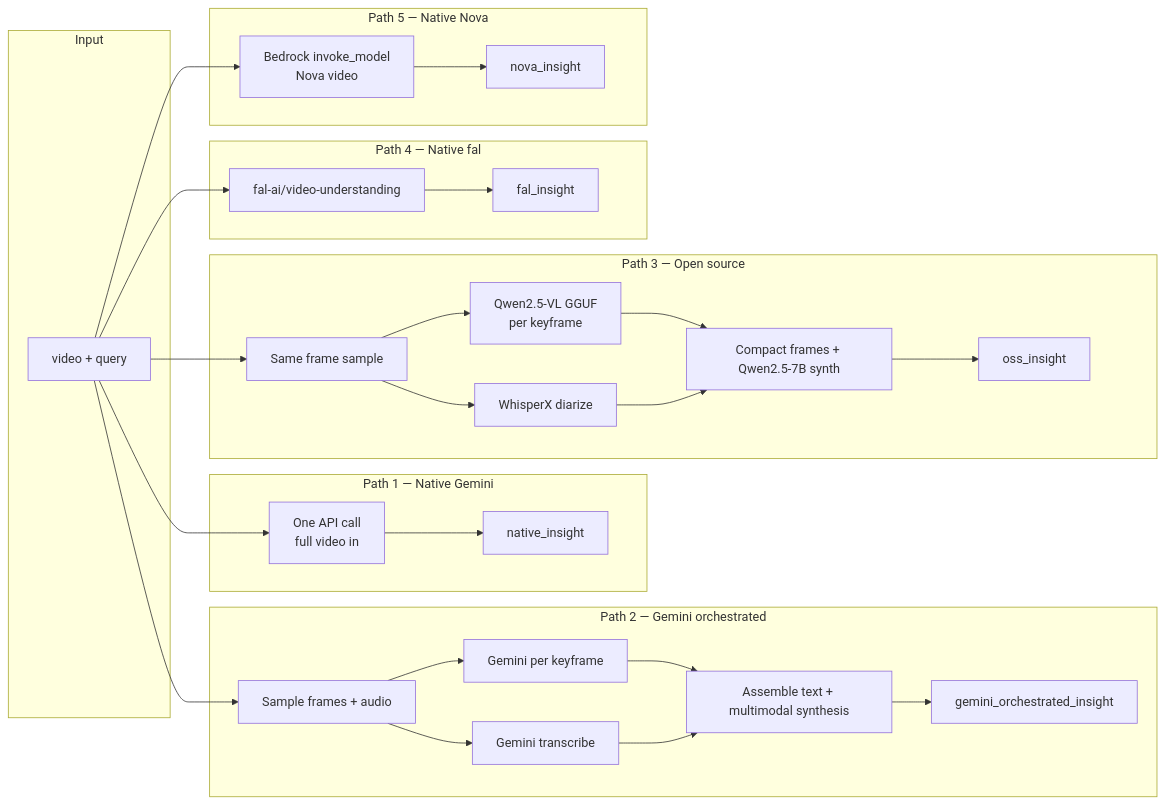
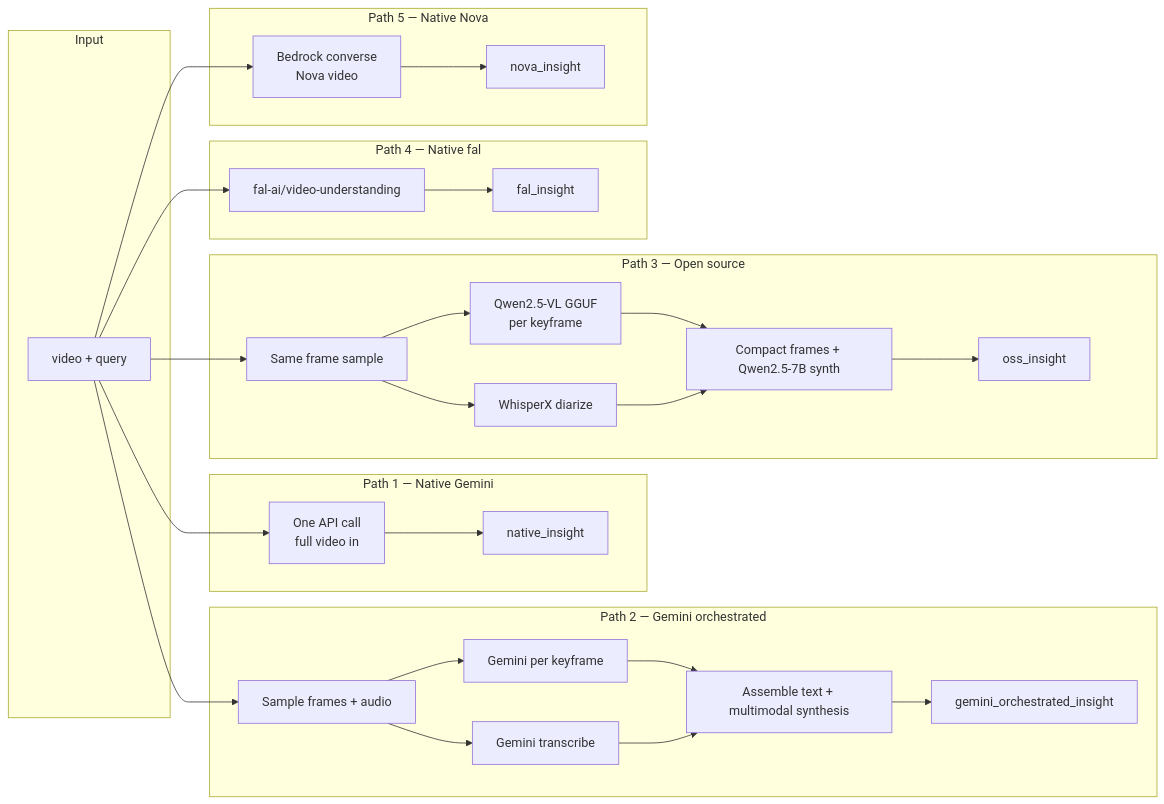
One commit to pixeltable/showcase-video-orchestration-pipeline changed the first of 7 diagrams in docs/WORKFLOW.md. Above: the diagram before and after it, drawn with Mermaid. The commit also changed other lines of this file and 38 other files, not shown here.

````diff
--- a/docs/WORKFLOW.md
+++ b/docs/WORKFLOW.md
@@ -16,47 +16,47 @@
 ```mermaid
 flowchart LR
     subgraph input [Input]
         V["video + query"]
     end
 
     subgraph path1 [Path 1 — Native Gemini]
         P1["One API call\nfull video in"]
         P1out["native_insight"]
     end
 
     subgraph path2 [Path 2 — Gemini orchestrated]
         P2split["Sample frames + audio"]
         P2vision["Gemini per keyframe"]
         P2audio["Gemini transcribe"]
         P2merge["Assemble text + multimodal synthesis"]
         P2out["gemini_orchestrated_insight"]
     end
 
     subgraph path3 [Path 3 — Open source]
         P3split["Same frame sample"]
         P3vision["Qwen2.5-VL GGUF\nper keyframe"]
         P3audio["WhisperX diarize"]
         P3merge["Compact frames + Qwen2.5-7B synth"]
         P3out["oss_insight"]
     end
 
     subgraph path4 [Path 4 — Native fal]
         P4["fal-ai/video-understanding"]
         P4out["fal_insight"]
     end
 
     subgraph path5 [Path 5 — Native Nova]
-        P5["Bedrock invoke_model\nNova video"]
+        P5["Bedrock converse\nNova video"]
         P5out["nova_insight"]
     end
 
     V --> P1 --> P1out
     V --> P2split --> P2vision --> P2merge
     P2split --> P2audio --> P2merge
     P2merge --> P2out
     V --> P3split --> P3vision --> P3merge
     P3split --> P3audio --> P3merge
     P3merge --> P3out
     V --> P4 --> P4out
     V --> P5 --> P5out
 ```
````
